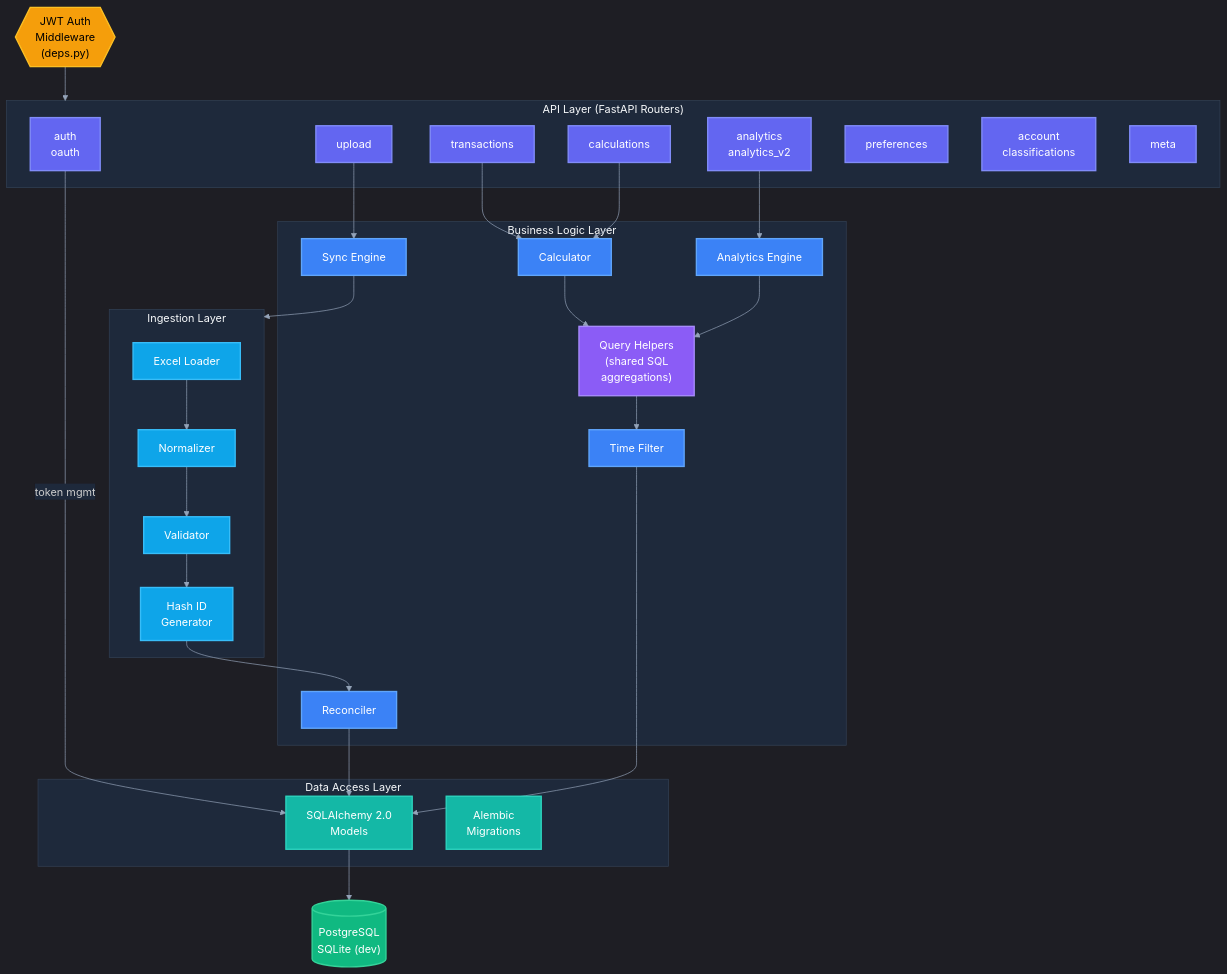
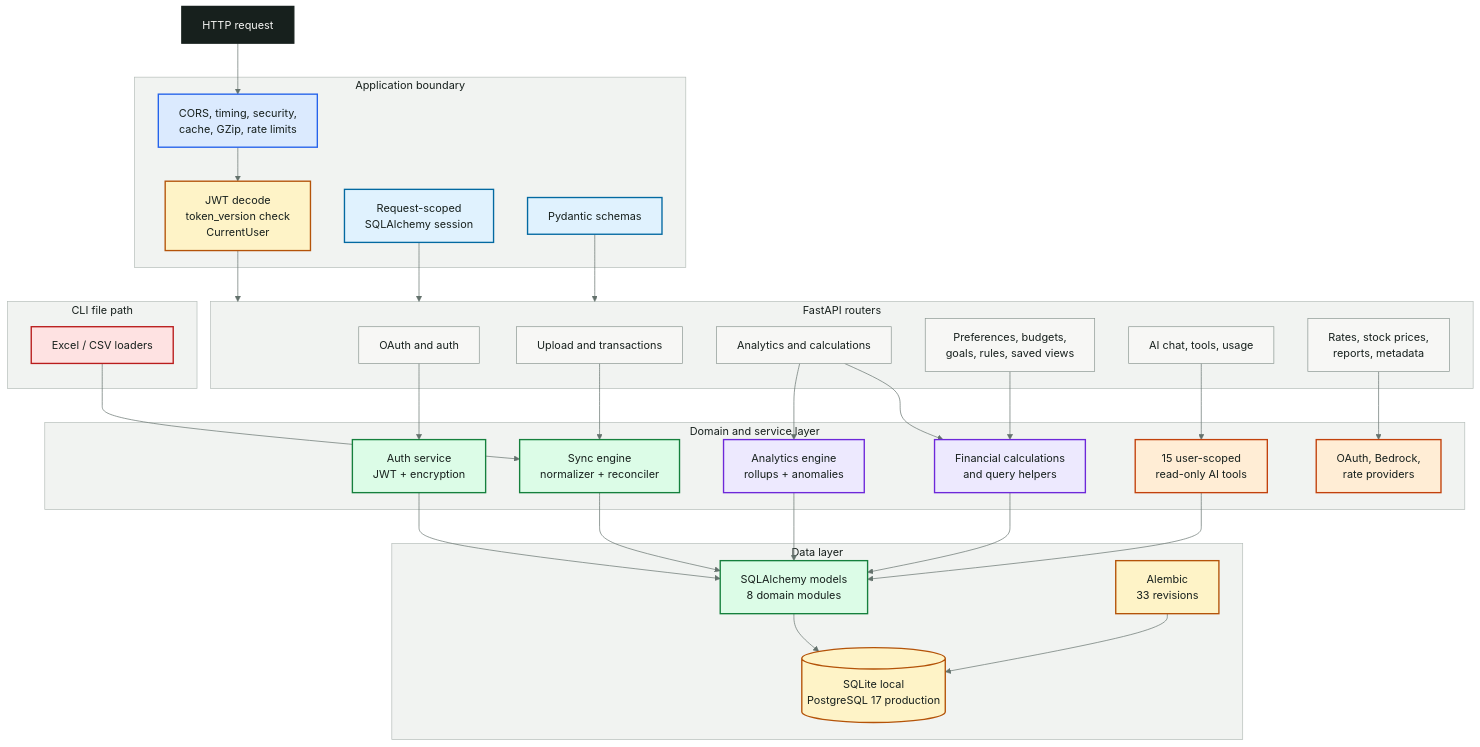
Before and after one commit to Sagargupta16/ledger-sync: the diagram in docs/images/backend-layers.mmd, drawn with Mermaid. The commit also changed 29 other files, not shown here.

```diff
--- a/docs/images/backend-layers.mmd
+++ b/docs/images/backend-layers.mmd
@@ -1,69 +1,76 @@
-%%{init: {'theme': 'dark', 'themeVariables': {'primaryColor': '#6366f1', 'primaryTextColor': '#fff', 'primaryBorderColor': '#818cf8', 'lineColor': '#94a3b8', 'secondaryColor': '#1e293b', 'tertiaryColor': '#0f172a', 'background': '#0f172a', 'mainBkg': '#1e293b', 'nodeBorder': '#334155', 'clusterBkg': '#1e293b', 'clusterBorder': '#334155', 'titleColor': '#f8fafc', 'edgeLabelBackground': '#1e293b'}}}%%
+%%{init: {'theme': 'base', 'themeVariables': {'fontFamily': 'Arial, sans-serif', 'primaryColor': '#eef2f1', 'primaryTextColor': '#17201d', 'primaryBorderColor': '#63716c', 'lineColor': '#63716c', 'secondaryColor': '#edf2f7', 'tertiaryColor': '#f7f7f5', 'background': '#f7f7f5', 'mainBkg': '#f7f7f5', 'nodeBorder': '#8a9691', 'clusterBkg': '#f1f3f1', 'clusterBorder': '#b5bdb9', 'titleColor': '#17201d', 'edgeLabelBackground': '#f7f7f5'}}}%%
 flowchart TB
-    subgraph API["  API Layer  (FastAPI Routers)  "]
-        R1["auth\noauth"]
-        R2["upload"]
-        R3["transactions"]
-        R4["analytics\nanalytics_v2"]
-        R5["calculations"]
-        R6["preferences"]
-        R7["account\nclassifications"]
-        R8["meta"]
+    HTTP["HTTP request"]
+
+    subgraph EDGE["Application boundary"]
+        MIDDLEWARE["CORS, timing, security,<br/>cache, GZip, rate limits"]
+        AUTH["JWT decode<br/>token_version check<br/>CurrentUser"]
+        SESSION["Request-scoped<br/>SQLAlchemy session"]
+        SCHEMAS["Pydantic schemas"]
     end
 
-    subgraph CORE["  Business Logic Layer  "]
-        S1["Sync Engine"]
-        S2["Reconciler"]
-        S3["Calculator"]
-        S4["Analytics Engine"]
-        S5["Query Helpers\n(shared SQL\naggregations)"]
-        S6["Time Filter"]
+    subgraph ROUTERS["FastAPI routers"]
+        R_AUTH["OAuth and auth"]
+        R_LEDGER["Upload and transactions"]
+        R_ANALYTICS["Analytics and calculations"]
+        R_PLANNING["Preferences, budgets,<br/>goals, rules, saved views"]
+        R_AI["AI chat, tools, usage"]
+        R_RATES["Rates, stock prices,<br/>reports, metadata"]
     end
 
-    subgraph INGEST["  Ingestion Layer  "]
-        E1["Excel Loader"]
-        E2["Normalizer"]
-        E3["Validator"]
-        E4["Hash ID\nGenerator"]
-        E1 --> E2 --> E3 --> E4
+    subgraph CORE["Domain and service layer"]
+        C_AUTH["Auth service<br/>JWT + encryption"]
+        C_SYNC["Sync engine<br/>normalizer + reconciler"]
+        C_ANALYTICS["Analytics engine<br/>rollups + anomalies"]
+        C_CALC["Financial calculations<br/>and query helpers"]
+        C_AI["15 user-scoped<br/>read-only AI tools"]
+        C_PROVIDER["OAuth, Bedrock,<br/>rate providers"]
     end
 
-    subgraph DATA["  Data Access Layer  "]
-        ORM["SQLAlchemy 2.0\nModels"]
-        MIG["Alembic\nMigrations"]
+    subgraph CLI["CLI file path"]
+        FILES["Excel / CSV loaders"]
     end
 
-    JWT{{"JWT Auth\nMiddleware\n(deps.py)"}} --> API
-    R1 -->|token mgmt| ORM
-    R2 --> S1 --> INGEST
-    E4 --> S2
-    R3 --> S3
-    R4 --> S4
-    R5 --> S3
-    S3 & S4 --> S5
-    S5 --> S6
-    S2 & S6 --> ORM
-    ORM --> DB[("PostgreSQL\nSQLite (dev)")]
+    subgraph DATA["Data layer"]
+        MODELS["SQLAlchemy models<br/>8 domain modules"]
+        MIGRATIONS["Alembic<br/>33 revisions"]
+        DB[("SQLite local<br/>PostgreSQL 17 production")]
+    end
 
-    style JWT fill:#f59e0b,color:#000,stroke:#fbbf24,stroke-width:2px
-    style DB fill:#10b981,color:#fff,stroke:#34d399,stroke-width:2px
-    style S5 fill:#8b5cf6,color:#fff,stroke:#a78bfa,stroke-width:2px
-    style R1 fill:#6366f1,color:#fff,stroke:#818cf8,stroke-width:2px
-    style R2 fill:#6366f1,color:#fff,stroke:#818cf8,stroke-width:2px
-    style R3 fill:#6366f1,color:#fff,stroke:#818cf8,stroke-width:2px
-    style R4 fill:#6366f1,color:#fff,stroke:#818cf8,stroke-width:2px
-    style R5 fill:#6366f1,color:#fff,stroke:#818cf8,stroke-width:2px
-    style R6 fill:#6366f1,color:#fff,stroke:#818cf8,stroke-width:2px
-    style R7 fill:#6366f1,color:#fff,stroke:#818cf8,stroke-width:2px
-    style R8 fill:#6366f1,color:#fff,stroke:#818cf8,stroke-width:2px
-    style S1 fill:#3b82f6,color:#fff,stroke:#60a5fa,stroke-width:2px
-    style S2 fill:#3b82f6,color:#fff,stroke:#60a5fa,stroke-width:2px
-    style S3 fill:#3b82f6,color:#fff,stroke:#60a5fa,stroke-width:2px
-    style S4 fill:#3b82f6,color:#fff,stroke:#60a5fa,stroke-width:2px
-    style S6 fill:#3b82f6,color:#fff,stroke:#60a5fa,stroke-width:2px
-    style E1 fill:#0ea5e9,color:#fff,stroke:#38bdf8,stroke-width:2px
-    style E2 fill:#0ea5e9,color:#fff,stroke:#38bdf8,stroke-width:2px
-    style E3 fill:#0ea5e9,color:#fff,stroke:#38bdf8,stroke-width:2px
-    style E4 fill:#0ea5e9,color:#fff,stroke:#38bdf8,stroke-width:2px
-    style ORM fill:#14b8a6,color:#fff,stroke:#2dd4bf,stroke-width:2px
-    style MIG fill:#14b8a6,color:#fff,stroke:#2dd4bf,stroke-width:2px
+    HTTP --> MIDDLEWARE --> AUTH
+    AUTH --> ROUTERS
+    SESSION --> ROUTERS
+    SCHEMAS --> ROUTERS
+
+    R_AUTH --> C_AUTH
+    R_LEDGER --> C_SYNC
+    R_ANALYTICS --> C_ANALYTICS
+    R_ANALYTICS --> C_CALC
+    R_PLANNING --> C_CALC
+    R_AI --> C_AI
+    R_RATES --> C_PROVIDER
+    FILES --> C_SYNC
+
+    C_AUTH --> MODELS
+    C_SYNC --> MODELS
+    C_ANALYTICS --> MODELS
+    C_CALC --> MODELS
+    C_AI --> MODELS
+    MODELS --> DB
+    MIGRATIONS --> DB
+
+    style HTTP fill:#17201d,color:#f7f7f5,stroke:#17201d,stroke-width:2px
+    style MIDDLEWARE fill:#dbeafe,color:#17201d,stroke:#2563eb,stroke-width:2px
+    style AUTH fill:#fef3c7,color:#17201d,stroke:#b45309,stroke-width:2px
+    style SESSION fill:#e0f2fe,color:#17201d,stroke:#0369a1,stroke-width:2px
+    style SCHEMAS fill:#e0f2fe,color:#17201d,stroke:#0369a1,stroke-width:2px
+    style C_AUTH fill:#dcfce7,color:#17201d,stroke:#15803d,stroke-width:2px
+    style C_SYNC fill:#dcfce7,color:#17201d,stroke:#15803d,stroke-width:2px
+    style C_ANALYTICS fill:#ede9fe,color:#17201d,stroke:#6d28d9,stroke-width:2px
+    style C_CALC fill:#ede9fe,color:#17201d,stroke:#6d28d9,stroke-width:2px
+    style C_AI fill:#ffedd5,color:#17201d,stroke:#c2410c,stroke-width:2px
+    style C_PROVIDER fill:#ffedd5,color:#17201d,stroke:#c2410c,stroke-width:2px
+    style FILES fill:#fee2e2,color:#17201d,stroke:#b91c1c,stroke-width:2px
+    style MODELS fill:#dcfce7,color:#17201d,stroke:#15803d,stroke-width:2px
+    style MIGRATIONS fill:#fef3c7,color:#17201d,stroke:#b45309,stroke-width:2px
+    style DB fill:#fef3c7,color:#17201d,stroke:#b45309,stroke-width:2px
```
